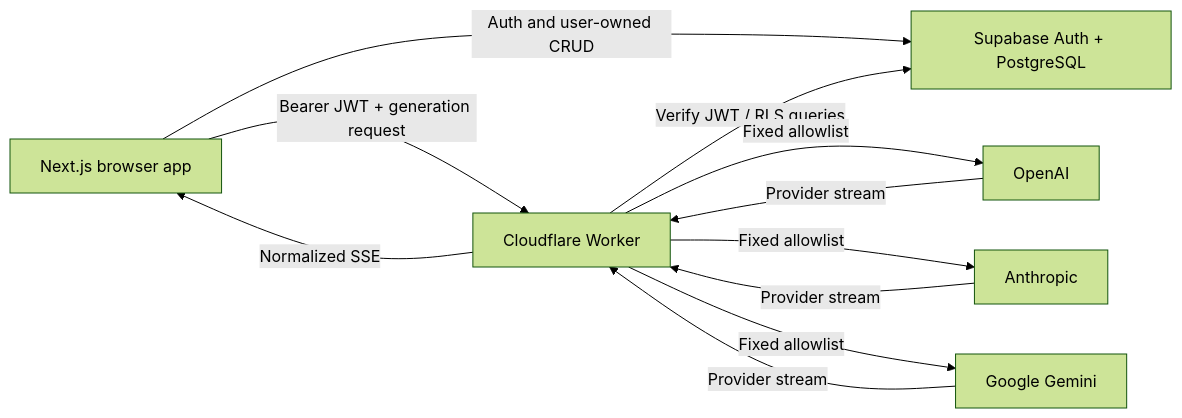
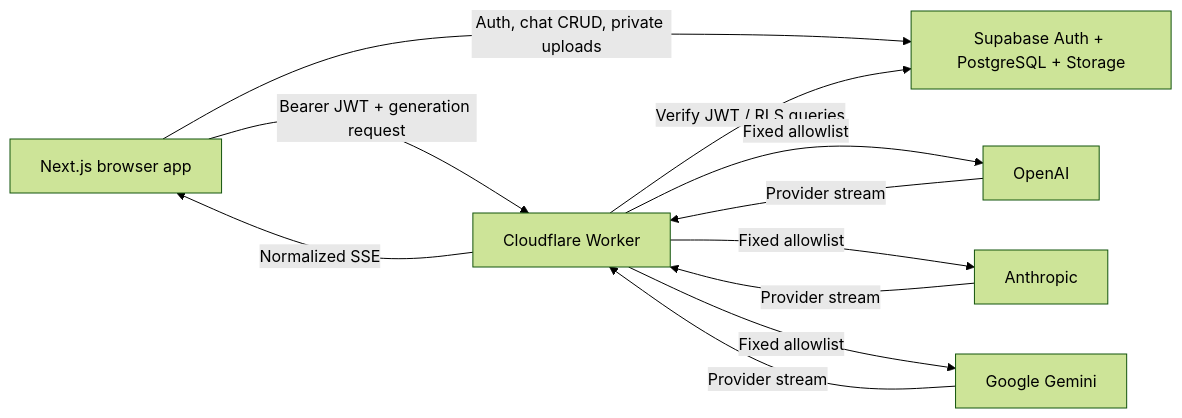
The diagram in README.md (tenth-package0/orbit), drawn with Mermaid (forest theme) before and after one commit. The commit also changed other lines of this file, not shown here.

Commit message:
docs: document private attachment flow

````diff
--- a/README.md
+++ b/README.md
@@ -7,13 +7,13 @@
 ```mermaid
 flowchart LR
-  Browser[Next.js browser app] -->|Auth and user-owned CRUD| Supabase[Supabase Auth + PostgreSQL]
+  Browser[Next.js browser app] -->|Auth, chat CRUD, private uploads| Supabase[Supabase Auth + PostgreSQL + Storage]
   Browser -->|Bearer JWT + generation request| Worker[Cloudflare Worker]
   Worker -->|Verify JWT / RLS queries| Supabase
   Worker -->|Fixed allowlist| OpenAI
   Worker -->|Fixed allowlist| Anthropic
   Worker -->|Fixed allowlist| Gemini[Google Gemini]
   OpenAI -->|Provider stream| Worker
   Anthropic -->|Provider stream| Worker
   Gemini -->|Provider stream| Worker
   Worker -->|Normalized SSE| Browser
 ```
````
